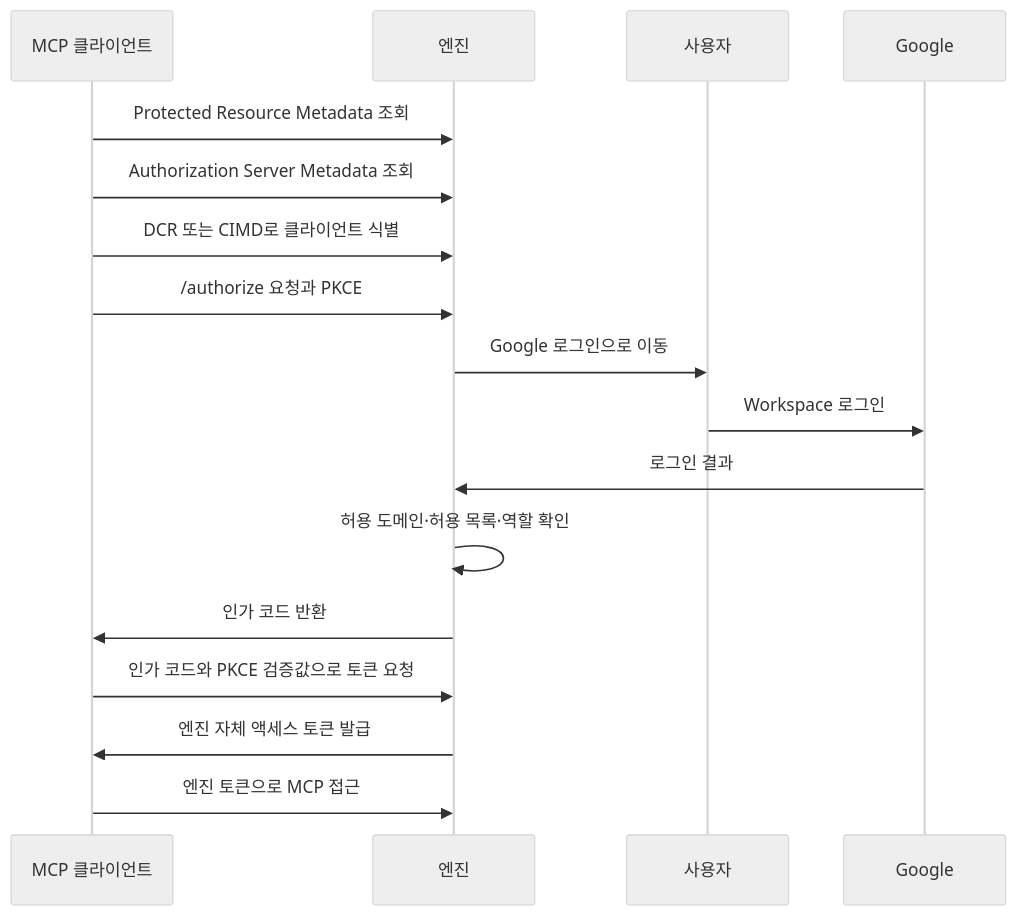
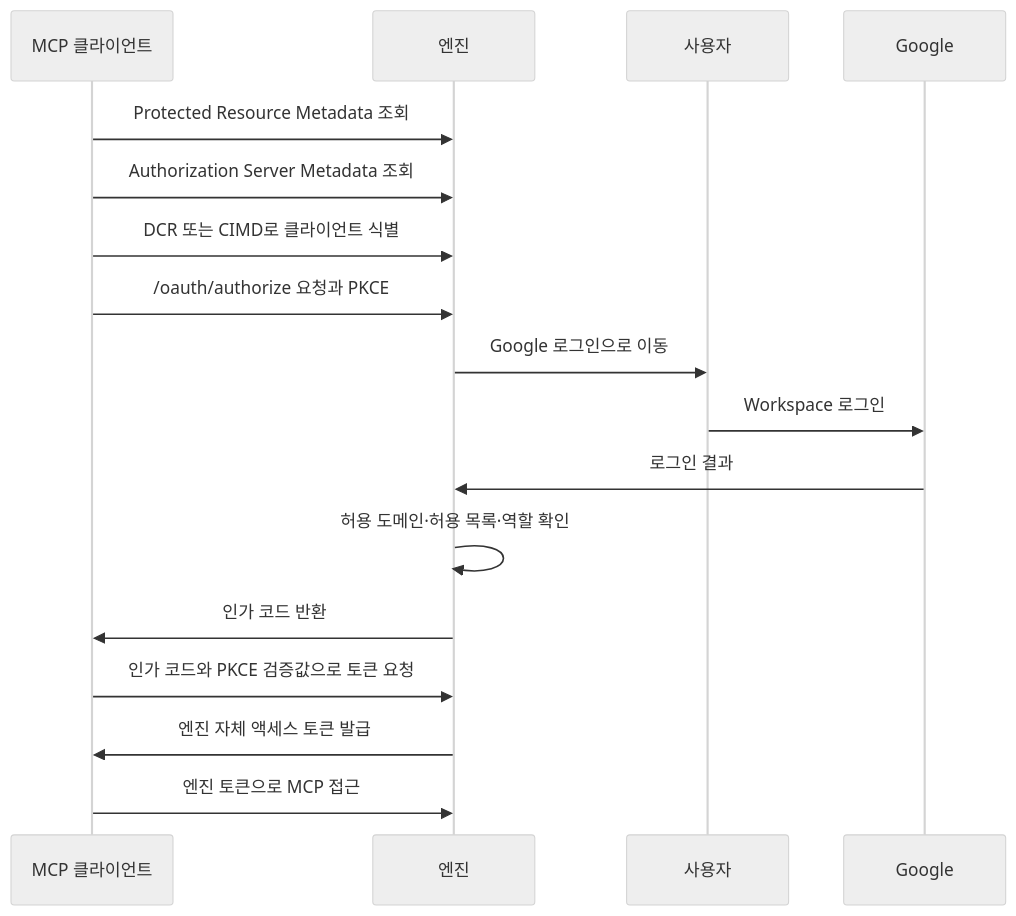
One commit to BitbyteCorp/llmwiki-engine changed the diagram in docs/auth.md. Above: the diagram before and after it, drawn with Mermaid (neutral theme). The commit also changed other lines of this file and 116 other files, not shown here.

````diff
--- a/docs/auth.md
+++ b/docs/auth.md
@@ -52,19 +60,19 @@
 ```mermaid
 sequenceDiagram
     participant C as MCP 클라이언트
     participant E as 엔진
     participant U as 사용자
     participant G as Google
     C->>E: Protected Resource Metadata 조회
     C->>E: Authorization Server Metadata 조회
     C->>E: DCR 또는 CIMD로 클라이언트 식별
-    C->>E: /authorize 요청과 PKCE
+    C->>E: /oauth/authorize 요청과 PKCE
     E->>U: Google 로그인으로 이동
     U->>G: Workspace 로그인
     G->>E: 로그인 결과
     E->>E: 허용 도메인·허용 목록·역할 확인
     E->>C: 인가 코드 반환
     C->>E: 인가 코드와 PKCE 검증값으로 토큰 요청
     E->>C: 엔진 자체 액세스 토큰 발급
     C->>E: 엔진 토큰으로 MCP 접근
 ```
````
